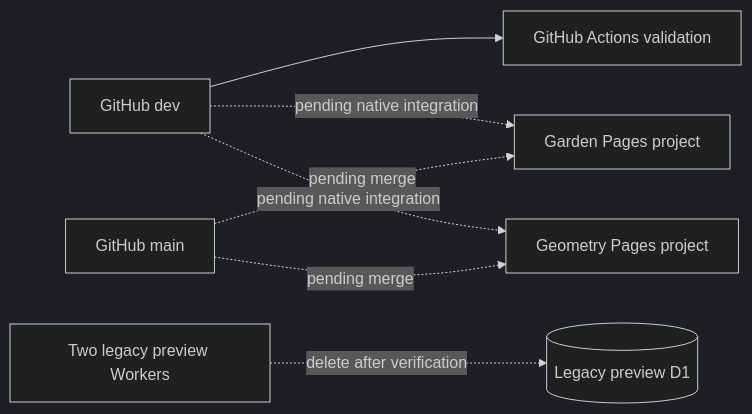
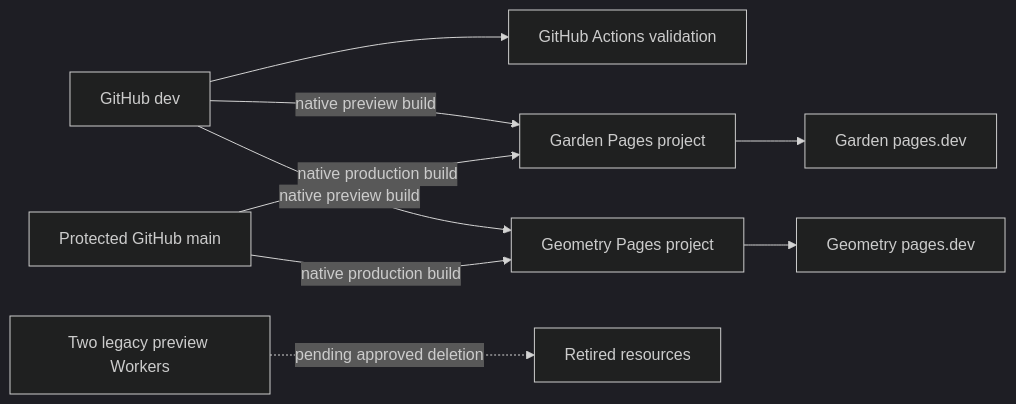
One commit to firststepmontessori/firststepmontessori changed the diagram in docs/20-integrations-deployment-record.md. Above: the diagram before and after it, drawn with Mermaid (dark theme). The commit also changed other lines of this file and 10 other files, not shown here.

````diff
--- a/docs/20-integrations-deployment-record.md
+++ b/docs/20-integrations-deployment-record.md
@@ -10,9 +10,11 @@
 ```mermaid
 flowchart LR
     Dev[GitHub dev] --> Validation[GitHub Actions validation]
-    Dev -. pending native integration .-> Garden[Garden Pages project]
-    Dev -. pending native integration .-> Geometry[Geometry Pages project]
-    Main[GitHub main] -. pending merge .-> Garden
-    Main -. pending merge .-> Geometry
-    LegacyWorkers[Two legacy preview Workers] -. delete after verification .-> LegacyD1[(Legacy preview D1)]
+    Dev -->|native preview build| Garden[Garden Pages project]
+    Dev -->|native preview build| Geometry[Geometry Pages project]
+    Main[Protected GitHub main] -->|native production build| Garden
+    Main -->|native production build| Geometry
+    Garden --> GardenURL[Garden pages.dev]
+    Geometry --> GeometryURL[Geometry pages.dev]
+    LegacyWorkers[Two legacy preview Workers] -. pending approved deletion .-> Retirement[Retired resources]
 ```
````
